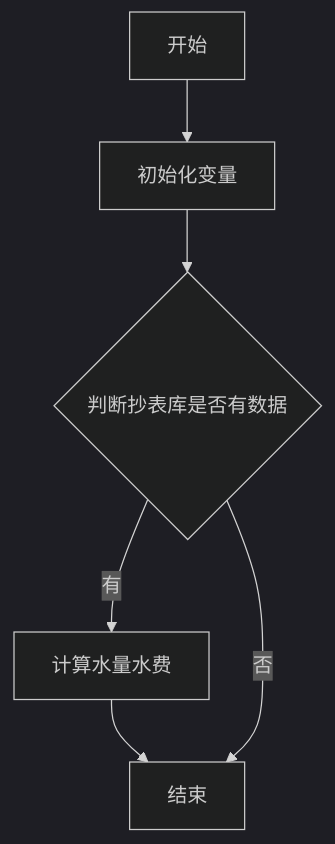
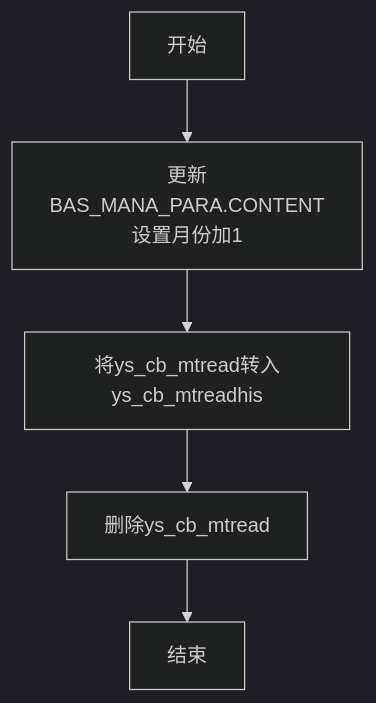
Before and after one commit to liuwentao001/20201001HRBZLS: diagram 18 of 51 in 02.业务梳理流程图简化版_v2020.11.md, drawn with Mermaid (dark theme). The commit also changed other lines of this file and 8 other files, not shown here.

````diff
--- a/02.业务梳理流程图简化版_v2020.11.md
+++ b/02.业务梳理流程图简化版_v2020.11.md
@@ -250,5 +541,4 @@
-~~~mermaid
+```mermaid
 graph TD
-	开始-->初始化变量-->A1{判断抄表库是否有数据}--有-->计算水量水费-->结束
-	A1--否-->结束
-~~~
+开始-->更新BAS_MANA_PARA.CONTENT设置月份加1-->将ys_cb_mtread转入ys_cb_mtreadhis-->删除ys_cb_mtread-->结束
+```
````
